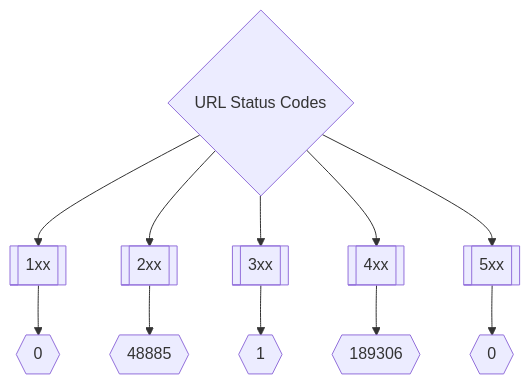
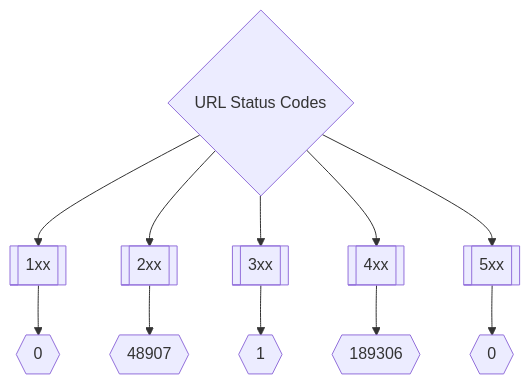
One commit to trickest/inventory changed the second of 3 diagrams in README.md. Above: the diagram before and after it, drawn with Mermaid. The commit also changed other lines of this file, not shown here.

````diff
--- a/README.md
+++ b/README.md
@@ -173,8 +173,8 @@
 ```mermaid
 graph TD
 title{URL Status Codes} --> 1xx[[1xx]] --> status1xxNum{{0}}
-title --> 2xx[[2xx]] --> status2xxNum{{48885}}
+title --> 2xx[[2xx]] --> status2xxNum{{48907}}
 title --> 3xx[[3xx]] --> status3xxNum{{1}}
 title --> 4xx[[4xx]] --> status4xxNum{{189306}}
 title --> 5xx[[5xx]] --> status5xxNum{{0}}
 ```
````
